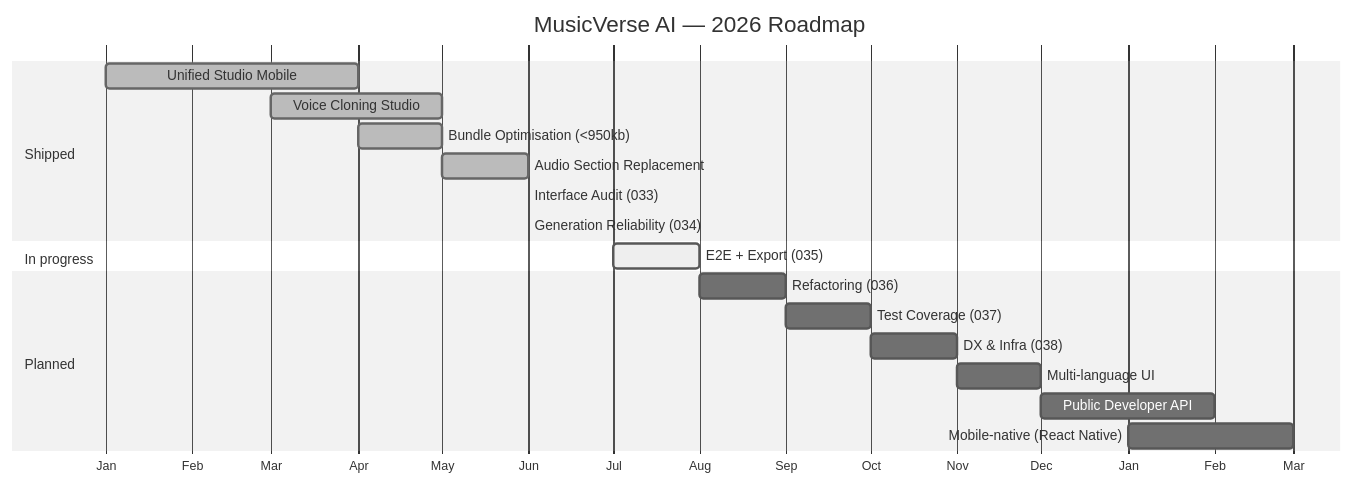
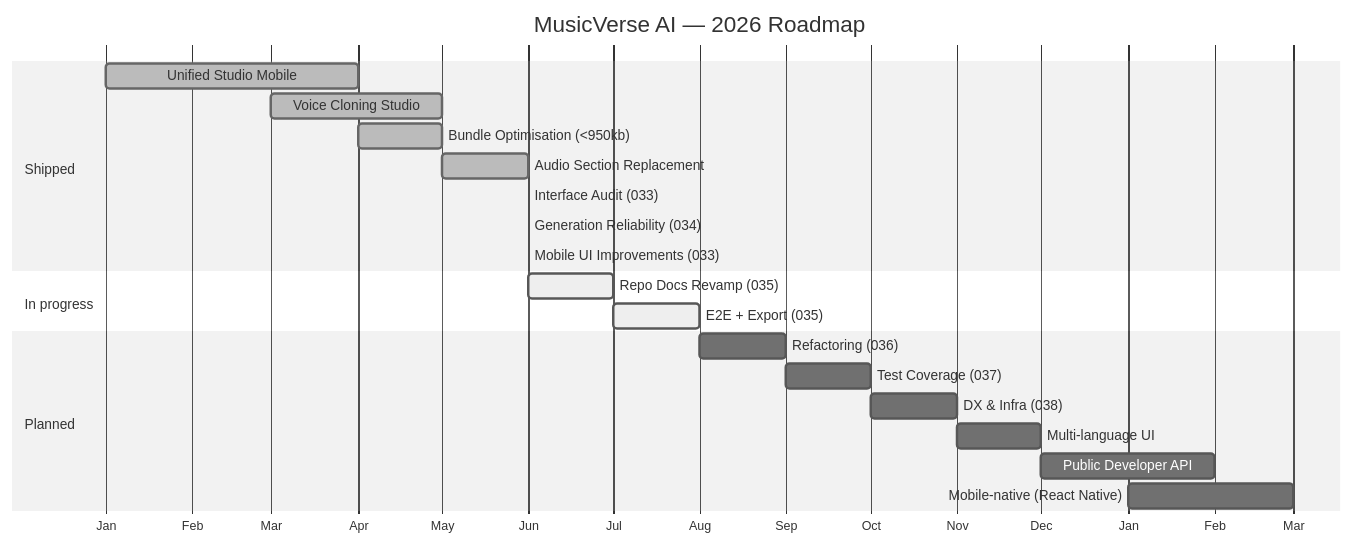
Before and after one commit to HOW2AI-AGENCY/aimusicverse: the diagram in ROADMAP.md, drawn with Mermaid (neutral theme). The commit also changed other lines of this file and 3 other files, not shown here.

````diff
--- a/ROADMAP.md
+++ b/ROADMAP.md
@@ -26,22 +26,24 @@
 ```mermaid
 gantt
     title MusicVerse AI — 2026 Roadmap
     dateFormat YYYY-MM
     axisFormat %b
     section Shipped
     Unified Studio Mobile        :done, 2026-01, 2026-04
     Voice Cloning Studio         :done, 2026-03, 2026-05
     Bundle Optimisation (<950kb) :done, 2026-04, 2026-05
     Audio Section Replacement    :done, 2026-05, 2026-06
     Interface Audit (033)        :done, 2026-06, 2026-06
     Generation Reliability (034) :done, 2026-06, 2026-06
+    Mobile UI Improvements (033)  :done, 2026-06, 2026-06
     section In progress
+    Repo Docs Revamp (035)        :active, 2026-06, 2026-07
     E2E + Export (035)           :active, 2026-07, 2026-08
     section Planned
     Refactoring (036)            : 2026-08, 2026-09
     Test Coverage (037)          : 2026-09, 2026-10
     DX & Infra (038)             : 2026-10, 2026-11
     Multi-language UI            : 2026-11, 2026-12
     Public Developer API         : 2026-12, 2027-02
     Mobile-native (React Native) : 2027-01, 2027-03
 ```
````
